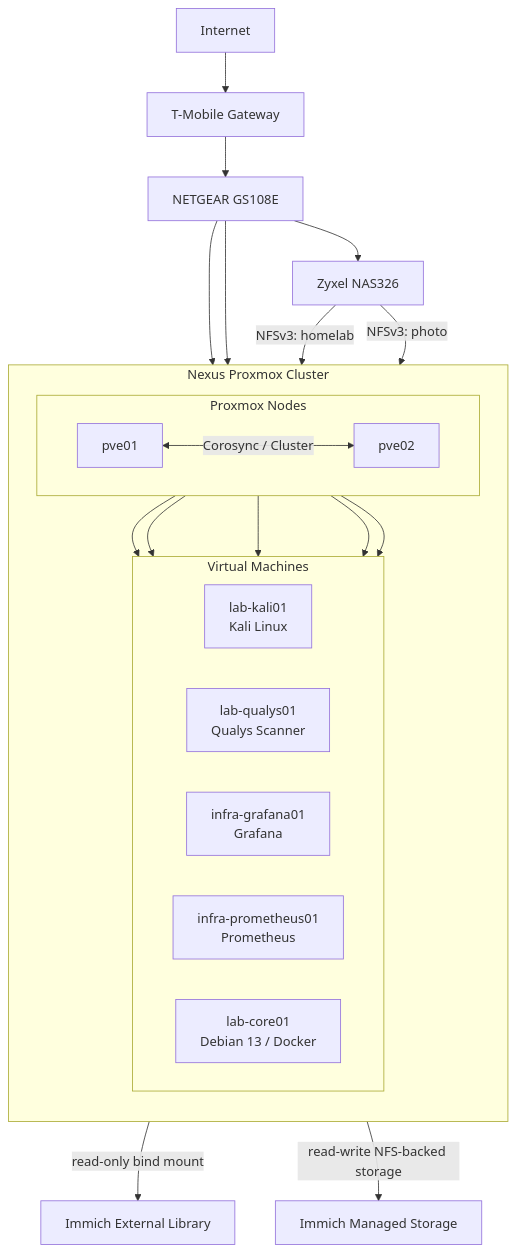
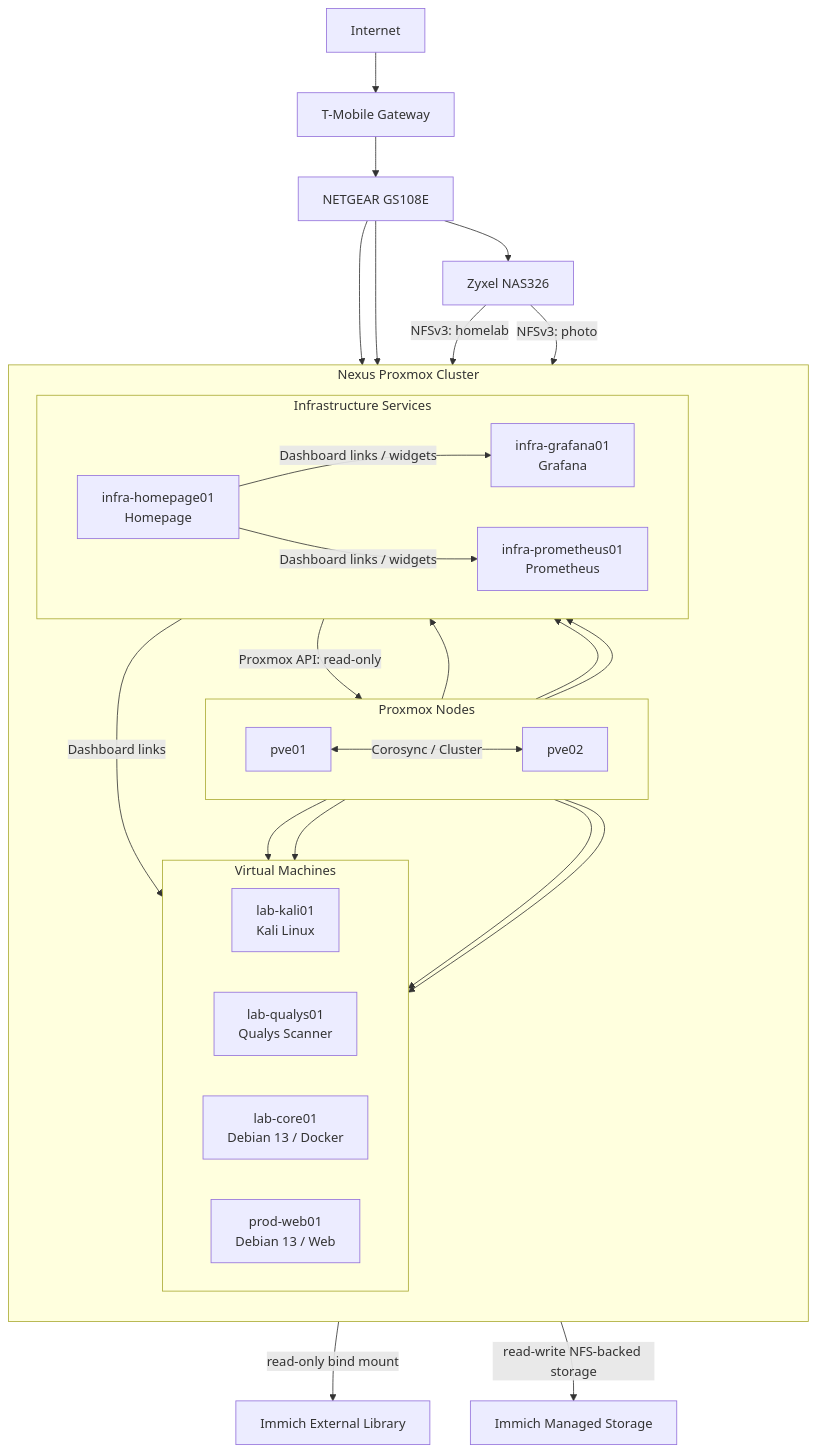
Before and after one commit to Tearstone/tearstone-homelab: the first of 3 diagrams in docs/architecture.md, drawn with Mermaid. The commit also changed other lines of this file, not shown here.

Commit message:
Update architecture for Homepage and current node state

````diff
--- a/docs/architecture.md
+++ b/docs/architecture.md
@@ -5,38 +5,51 @@
 ```mermaid
 graph TD
     Internet --> Router["T-Mobile Gateway"]
     Router --> Switch["NETGEAR GS108E"]
     Switch --> NAS["Zyxel NAS326"]
 
     subgraph Cluster["Nexus Proxmox Cluster"]
         direction TB
 
         subgraph Nodes["Proxmox Nodes"]
             direction LR
             PVE["pve01"] <-->|"Corosync / Cluster"| PVE02["pve02"]
         end
 
         subgraph Workloads["Virtual Machines"]
             direction LR
             Kali["lab-kali01\nKali Linux"]
             Qualys["lab-qualys01\nQualys Scanner"]
+            Core["lab-core01\nDebian 13 / Docker"]
+            Web["prod-web01\nDebian 13 / Web"]
+        end
+
+        subgraph Services["Infrastructure Services"]
+            direction LR
             Grafana["infra-grafana01\nGrafana"]
             Prometheus["infra-prometheus01\nPrometheus"]
-            Core["lab-core01\nDebian 13 / Docker"]
+            Homepage["infra-homepage01\nHomepage"]
         end
 
         PVE --> Kali
         PVE --> Qualys
         PVE --> Grafana
         PVE --> Prometheus
         PVE02 --> Core
+        PVE02 --> Web
+        PVE --> Homepage
     end
 
     Switch --> PVE
     Switch --> PVE02
 
     NAS -->|"NFSv3: homelab"| Core
     NAS -->|"NFSv3: photo"| Core
     Core -->|"read-only bind mount"| External["Immich External Library"]
     Core -->|"read-write NFS-backed storage"| Immich["Immich Managed Storage"]
+
+    Homepage -->|"Proxmox API: read-only"| PVE
+    Homepage -->|"Dashboard links / widgets"| Grafana
+    Homepage -->|"Dashboard links / widgets"| Prometheus
+    Homepage -->|"Dashboard links"| Core
 ```
````
